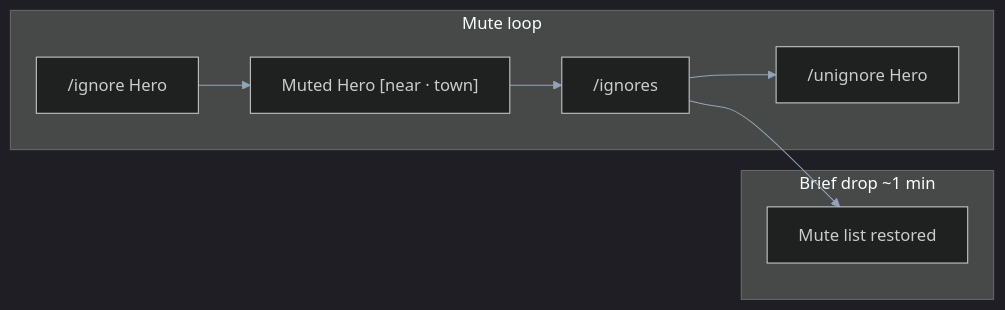
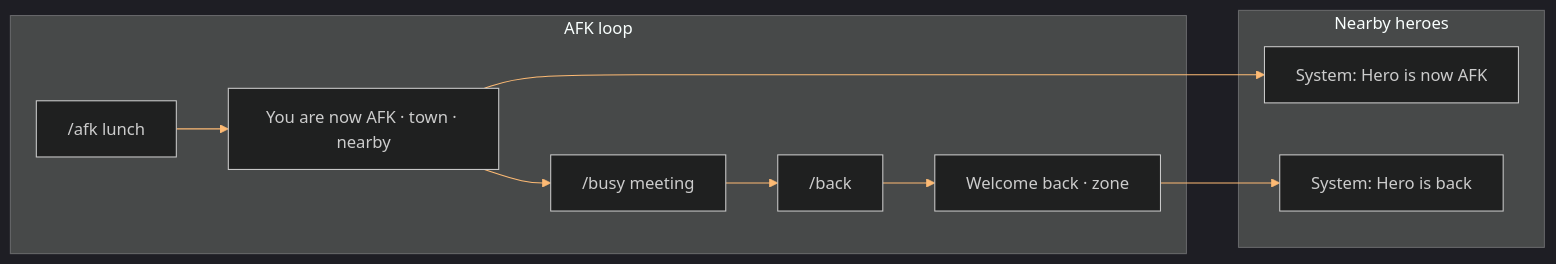
The second of 8 diagrams in README.md (00xnova/dq1_mmo), drawn with Mermaid before and after one commit. The commit also changed other lines of this file and 3 other files, not shown here.

````diff
--- a/README.md
+++ b/README.md
@@ -246,12 +248,14 @@
 ```mermaid
-%%{init: {'theme': 'dark', 'themeVariables': { 'primaryColor': '#334155', 'primaryTextColor': '#f8fafc', 'lineColor': '#94a3b8', 'secondaryColor': '#1e293b'}}}%%
+%%{init: {'theme': 'dark', 'themeVariables': { 'primaryColor': '#7c2d12', 'primaryTextColor': '#ffedd5', 'lineColor': '#fdba74', 'secondaryColor': '#1e293b'}}}%%
 flowchart LR
-  subgraph mute ["Mute loop"]
-    I["/ignore Hero"] --> C["Muted Hero [near · town]"]
-    C --> L["/ignores"]
-    L --> U["/unignore Hero"]
+  subgraph afk ["AFK loop"]
+    A["/afk lunch"] --> B["You are now AFK · town · nearby"]
+    B --> C["/busy meeting"]
+    C --> D["/back"]
+    D --> E["Welcome back · zone"]
   end
-  subgraph soft ["Brief drop ~1 min"]
-    L --> S[Mute list restored]
+  subgraph peers ["Nearby heroes"]
+    B --> N["System: Hero is now AFK"]
+    E --> N2["System: Hero is back"]
   end
 ```
````
